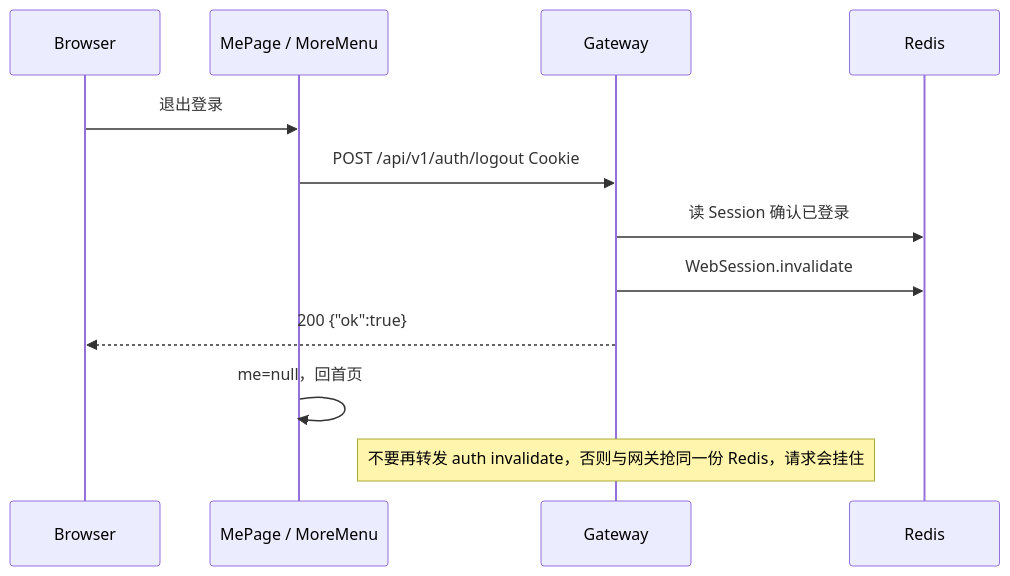
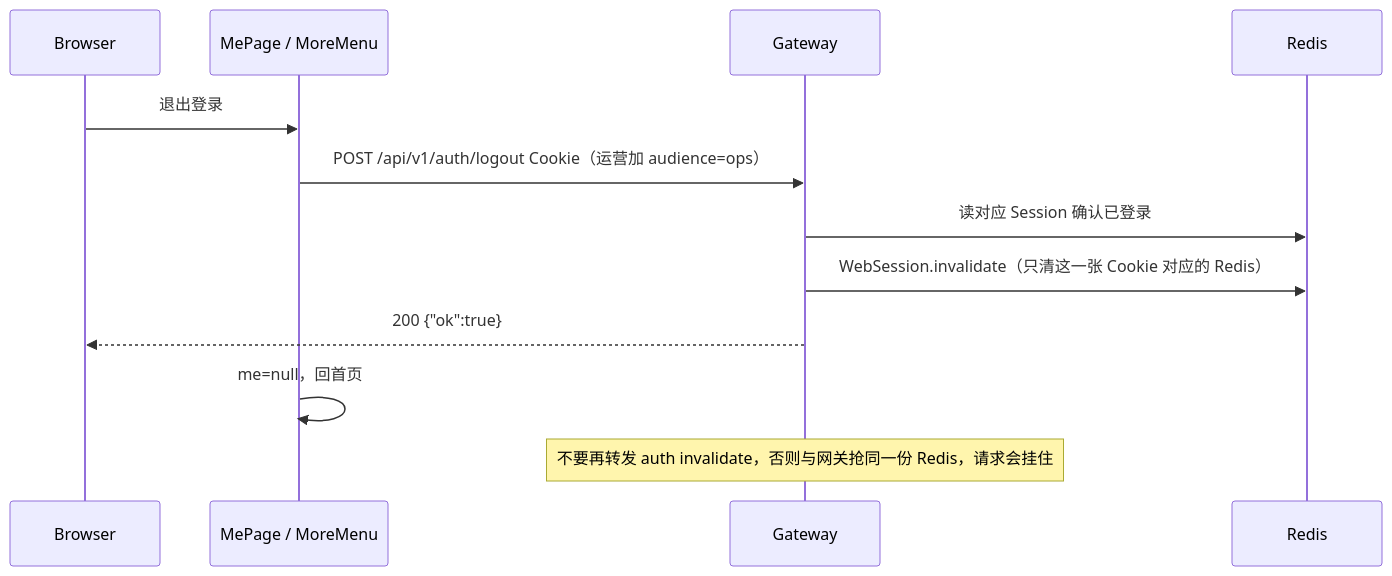
The sixth of 8 diagrams in agi-work-space/src/content/engineering/tech/auth-flows.md (Yangleduo00337788/OnePage), drawn with Mermaid before and after one commit. The commit also changed other lines of this file and 22 other files, not shown here.

Commit message:
fix(auth): 运营与社区改用两张 Session Cookie 避免挤号

````diff
--- a/agi-work-space/src/content/engineering/tech/auth-flows.md
+++ b/agi-work-space/src/content/engineering/tech/auth-flows.md
@@ -207,15 +209,15 @@
 ```mermaid
 sequenceDiagram
   participant B as Browser
   participant W as MePage / MoreMenu
   participant G as Gateway
   participant R as Redis
 
   B->>W: 退出登录
-  W->>G: POST /api/v1/auth/logout Cookie
-  G->>R: 读 Session 确认已登录
-  G->>R: WebSession.invalidate
+  W->>G: POST /api/v1/auth/logout Cookie（运营加 audience=ops）
+  G->>R: 读对应 Session 确认已登录
+  G->>R: WebSession.invalidate（只清这一张 Cookie 对应的 Redis）
   G-->>B: 200 {"ok":true}
   W->>W: me=null，回首页
   Note over G: 不要再转发 auth invalidate，否则与网关抢同一份 Redis，请求会挂住
 ```
````
